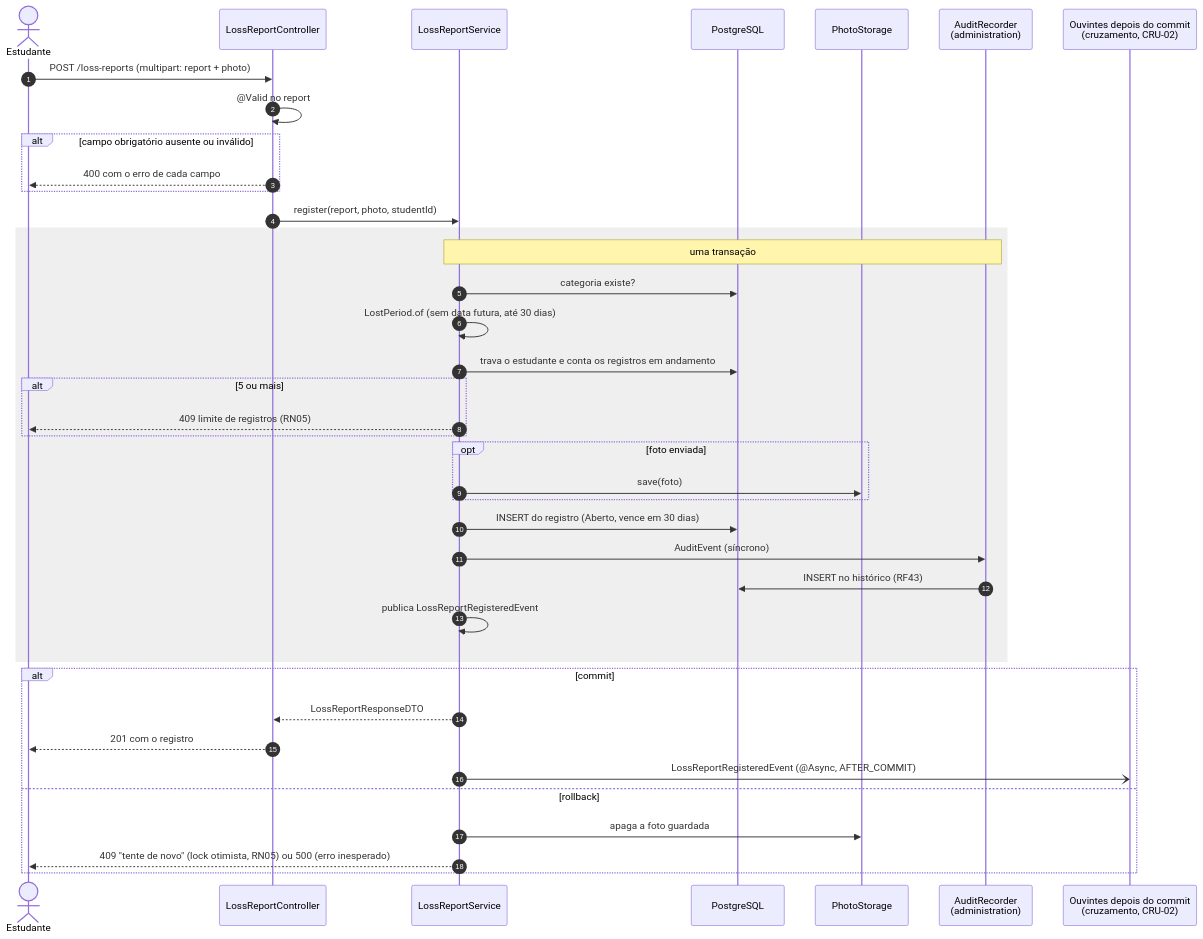
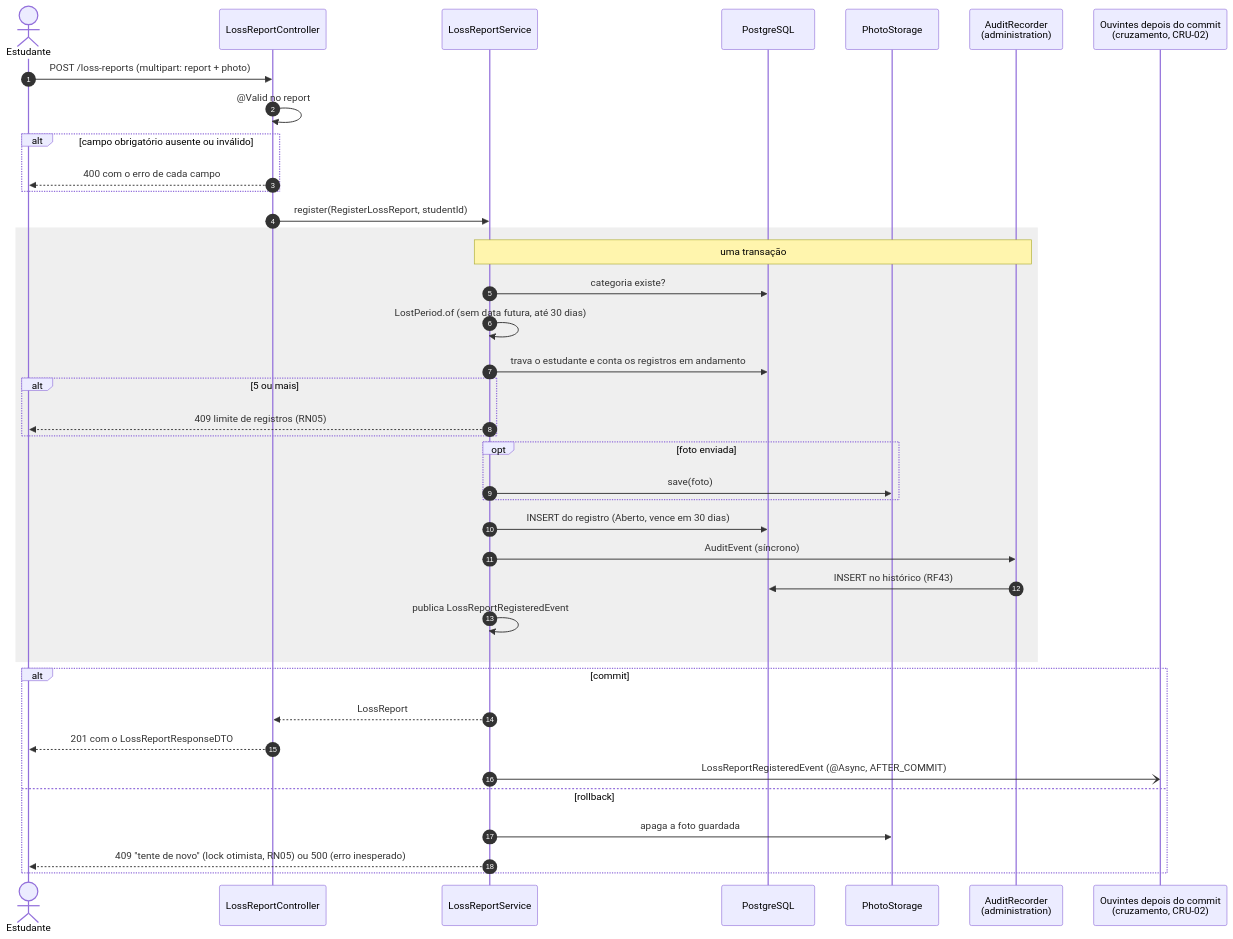
Before and after one commit to p1lloww/cade-backend: the second of 4 diagrams in docs/tecnico/registro-perda.md, drawn with Mermaid. The commit also changed other lines of this file and 13 other files, not shown here.

````diff
--- a/docs/tecnico/registro-perda.md
+++ b/docs/tecnico/registro-perda.md
@@ -101,44 +108,44 @@
 ```mermaid
 sequenceDiagram
     autonumber
     actor E as Estudante
     participant C as LossReportController
     participant S as LossReportService
     participant DB as PostgreSQL
     participant P as PhotoStorage
     participant A as AuditRecorder<br/>(administration)
     participant X as Ouvintes depois do commit<br/>(cruzamento, CRU-02)
 
     E->>C: POST /loss-reports (multipart: report + photo)
     C->>C: @Valid no report
     alt campo obrigatório ausente ou inválido
         C-->>E: 400 com o erro de cada campo
     end
-    C->>S: register(report, photo, studentId)
+    C->>S: register(RegisterLossReport, studentId)
 
     rect rgba(127, 127, 127, 0.12)
         Note over S,A: uma transação
         S->>DB: categoria existe?
         S->>S: LostPeriod.of (sem data futura, até 30 dias)
         S->>DB: trava o estudante e conta os registros em andamento
         alt 5 ou mais
             S-->>E: 409 limite de registros (RN05)
         end
         opt foto enviada
             S->>P: save(foto)
         end
         S->>DB: INSERT do registro (Aberto, vence em 30 dias)
         S->>A: AuditEvent (síncrono)
         A->>DB: INSERT no histórico (RF43)
         S->>S: publica LossReportRegisteredEvent
     end
 
     alt commit
-        S-->>C: LossReportResponseDTO
-        C-->>E: 201 com o registro
+        S-->>C: LossReport
+        C-->>E: 201 com o LossReportResponseDTO
         S-)X: LossReportRegisteredEvent (@Async, AFTER_COMMIT)
     else rollback
         S->>P: apaga a foto guardada
         S-->>E: 409 "tente de novo" (lock otimista, RN05) ou 500 (erro inesperado)
     end
 ```
````
